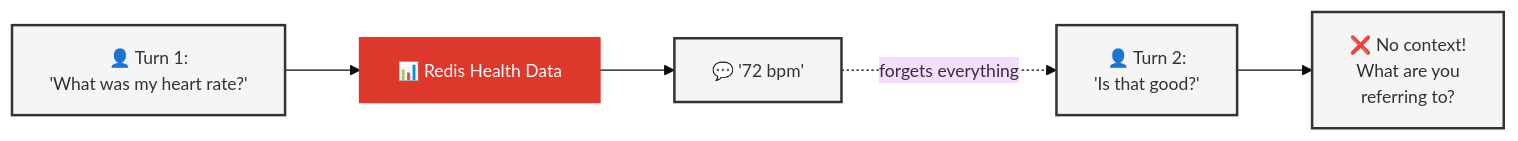
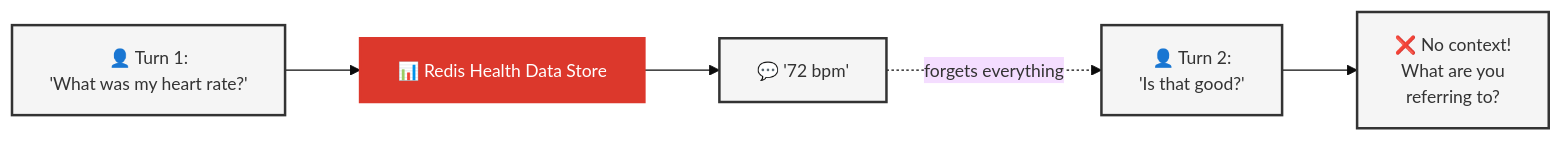
The first of 2 diagrams in docs/09_EXAMPLE_QUERIES.md (AllieRays/redis-wellness), drawn with Mermaid before and after one commit. The commit also changed other lines of this file, not shown here.

````diff
--- a/docs/09_EXAMPLE_QUERIES.md
+++ b/docs/09_EXAMPLE_QUERIES.md
@@ -7,20 +7,20 @@
 ```mermaid
 %%{init: {'theme':'base', 'themeVariables': { 'fontSize':'14px'}, 'flowchart': {'nodeSpacing': 50, 'rankSpacing': 60}}}%%
 flowchart LR
     S1["👤 Turn 1:<br/>'What was my heart rate?'"]
-    S2["📊 Redis Health Data"]
+    S2["📊 Redis Health Data Store"]
     S3["💬 '72 bpm'"]
     S4["👤 Turn 2:<br/>'Is that good?'"]
     S5["❌ No context!<br/>What are you<br/>referring to?"]
 
     S1 --> S2
     S2 --> S3
     S3 -."forgets everything".-> S4
     S4 --> S5
 
     style S1 fill:#f5f5f5,stroke:#333,stroke-width:2px
     style S2 fill:#DC382C,stroke:#DC382C,stroke-width:2px,color:#fff
     style S3 fill:#f5f5f5,stroke:#333,stroke-width:2px
     style S4 fill:#f5f5f5,stroke:#333,stroke-width:2px
     style S5 fill:#f5f5f5,stroke:#333,stroke-width:2px
 ```
````
